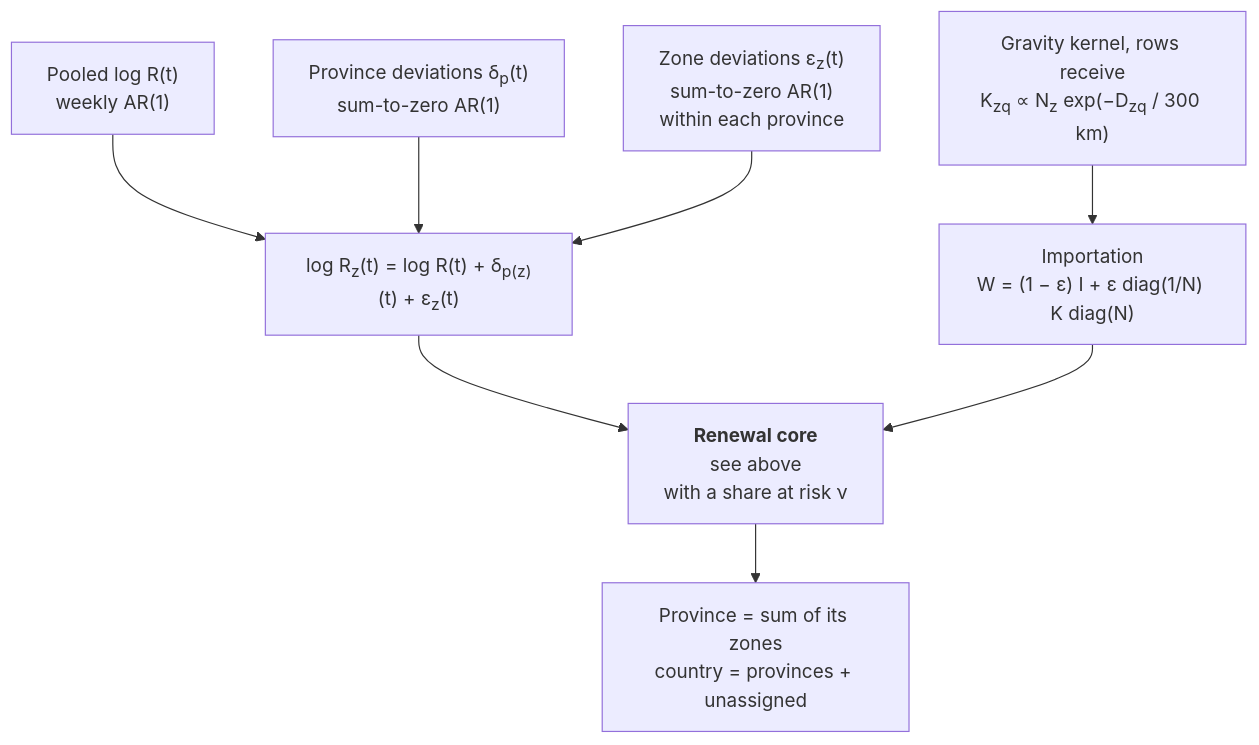
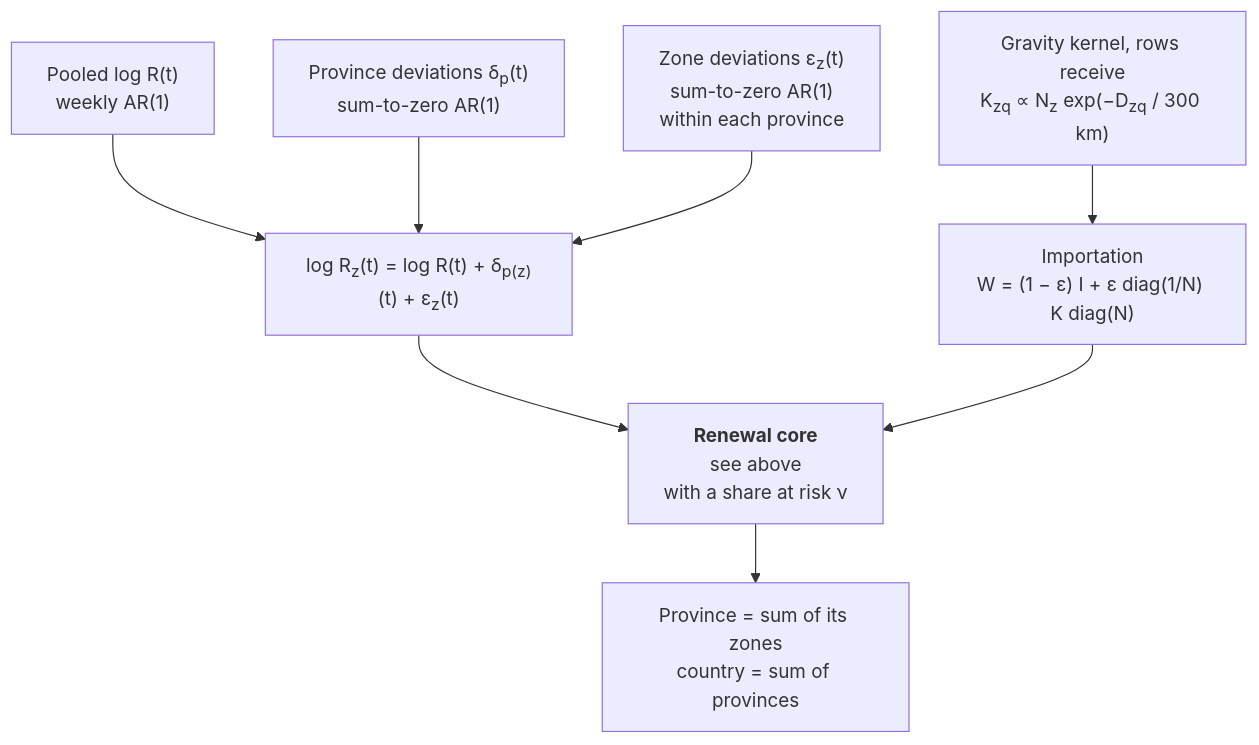
One commit to seabbs/bdbv-hub-modelling changed the third of 4 diagrams in docs/methods/model.md. Above: the diagram before and after it, drawn with Mermaid. The commit also changed other lines of this file and 9 other files, not shown here.

````diff
--- a/docs/methods/model.md
+++ b/docs/methods/model.md
@@ -212,19 +211,19 @@
 ```mermaid
 flowchart TD
     LR["Pooled log R(t)<br/>weekly AR(1)"]
     DV["Province deviations δ<sub>p</sub>(t)<br/>sum-to-zero AR(1)"]
     ZV["Zone deviations ε<sub>z</sub>(t)<br/>sum-to-zero AR(1)<br/>within each province"]
     RP["log R<sub>z</sub>(t) = log R(t) + δ<sub>p(z)</sub>(t) + ε<sub>z</sub>(t)"]
     K["Gravity kernel, rows receive<br/>K<sub>zq</sub> ∝ N<sub>z</sub> exp(−D<sub>zq</sub> / 300 km)"]
     W["Importation<br/>W = (1 − ε) I + ε diag(1/N) K diag(N)"]
     CORE["<b>Renewal core</b><br/>see above<br/>with a share at risk ν"]
-    SUM["Province = sum of its zones<br/>country = provinces + unassigned"]
+    SUM["Province = sum of its zones<br/>country = sum of provinces"]
 
     LR --> RP
     DV --> RP
     ZV --> RP
     K --> W
     RP --> CORE
     W --> CORE
     CORE --> SUM
 ```
````
